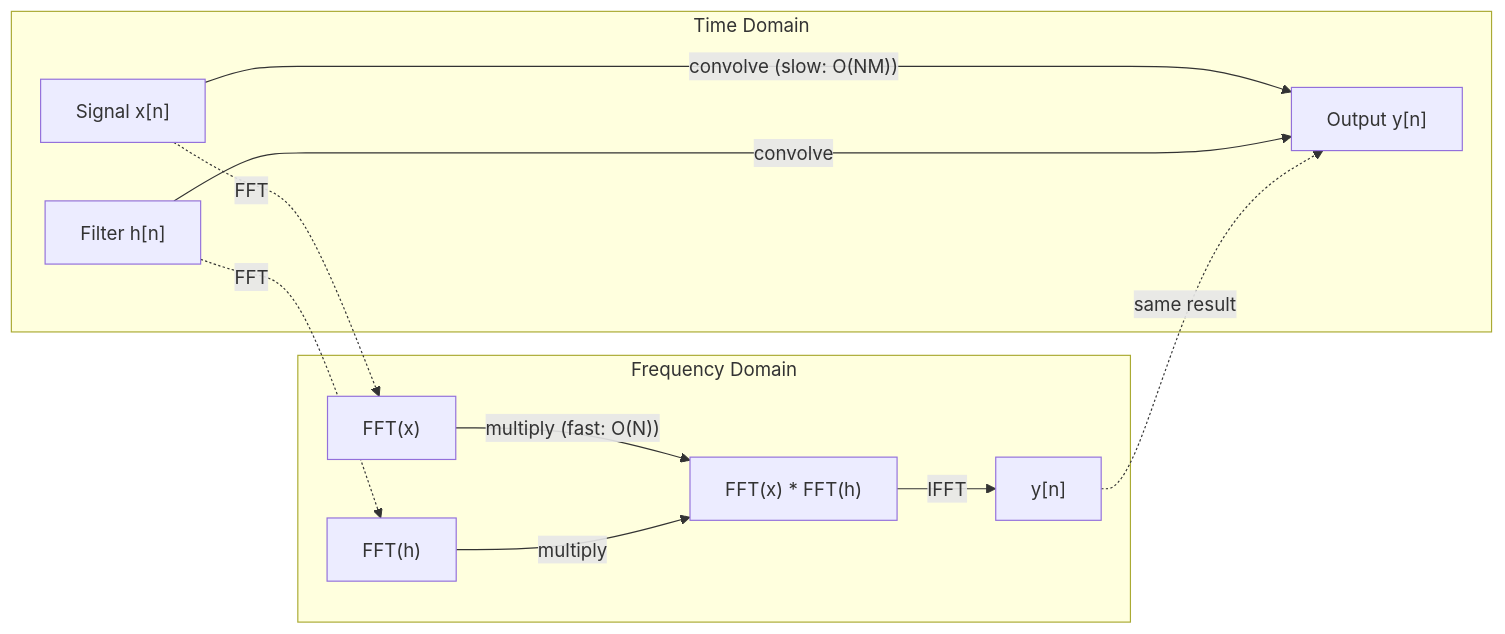
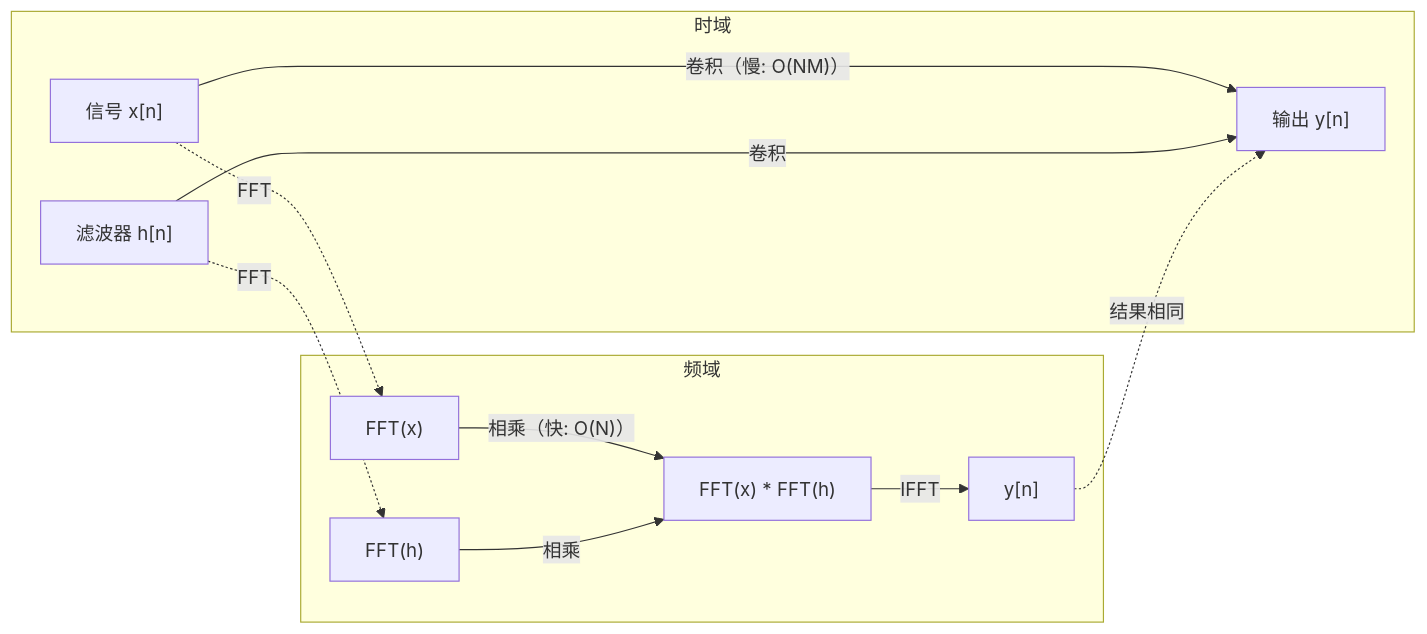
The second of 2 diagrams in phases/01-math-foundations/20-fourier-transform/docs/zh.md (JerryC8080/ai-engineering-from-scratch-zh), drawn with Mermaid before and after one commit. The commit also changed other lines of this file and 156 other files, not shown here.

First line of the commit message:
i18n(zh): translate mermaid diagram labels in 157 lesson zh.md

````diff
--- a/phases/01-math-foundations/20-fourier-transform/docs/zh.md
+++ b/phases/01-math-foundations/20-fourier-transform/docs/zh.md
@@ -157,15 +157,15 @@
 ```mermaid
 graph LR
-    subgraph "Time Domain"
-        TA["Signal x[n]"] -->|"convolve (slow: O(NM))"| TC["Output y[n]"]
-        TB["Filter h[n]"] -->|"convolve"| TC
+    subgraph "时域"
+        TA["信号 x[n]"] -->|"卷积（慢: O(NM)）"| TC["输出 y[n]"]
+        TB["滤波器 h[n]"] -->|"卷积"| TC
     end
-    subgraph "Frequency Domain"
-        FA["FFT(x)"] -->|"multiply (fast: O(N))"| FC["FFT(x) * FFT(h)"]
-        FB["FFT(h)"] -->|"multiply"| FC
+    subgraph "频域"
+        FA["FFT(x)"] -->|"相乘（快: O(N)）"| FC["FFT(x) * FFT(h)"]
+        FB["FFT(h)"] -->|"相乘"| FC
         FC -->|"IFFT"| FD["y[n]"]
     end
     TA -.->|"FFT"| FA
     TB -.->|"FFT"| FB
-    FD -.->|"same result"| TC
+    FD -.->|"结果相同"| TC
 ```
````
